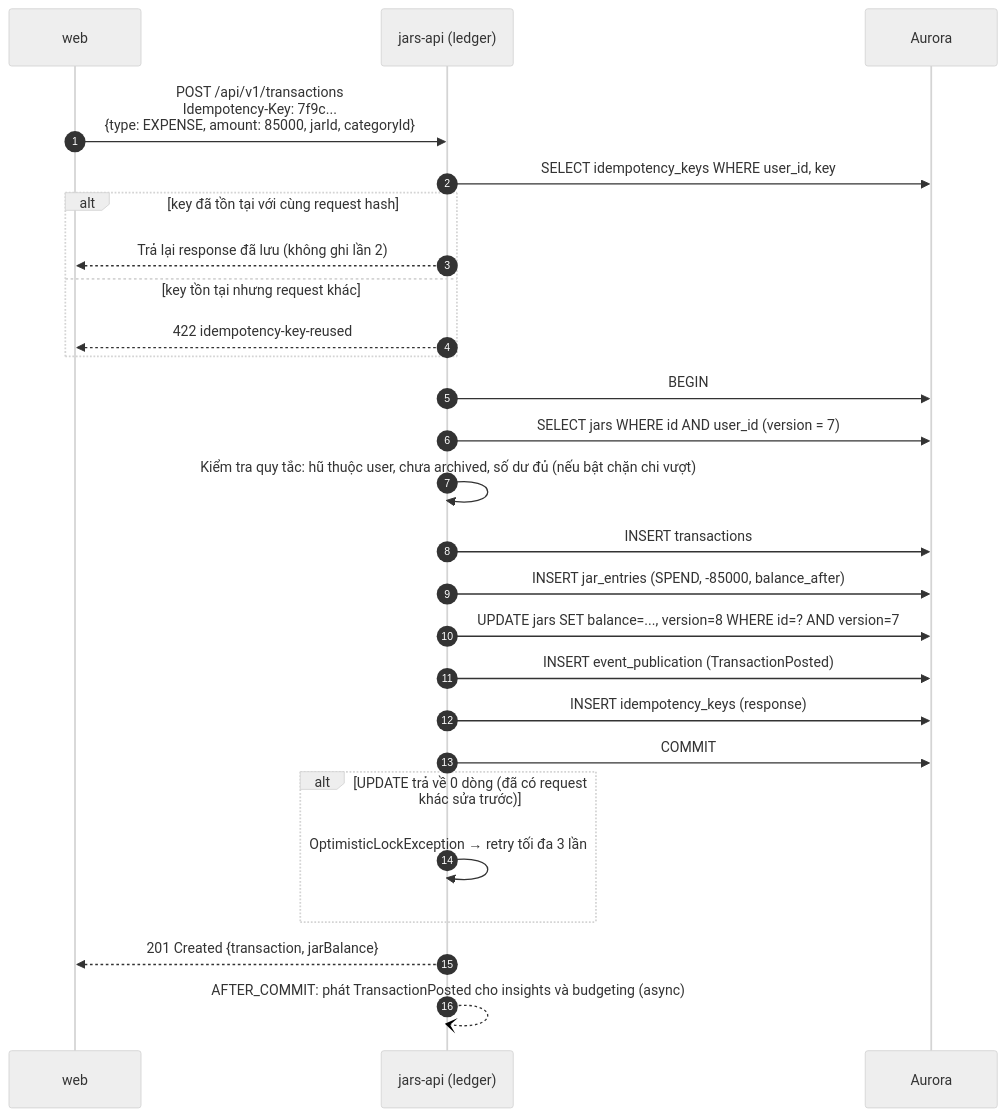
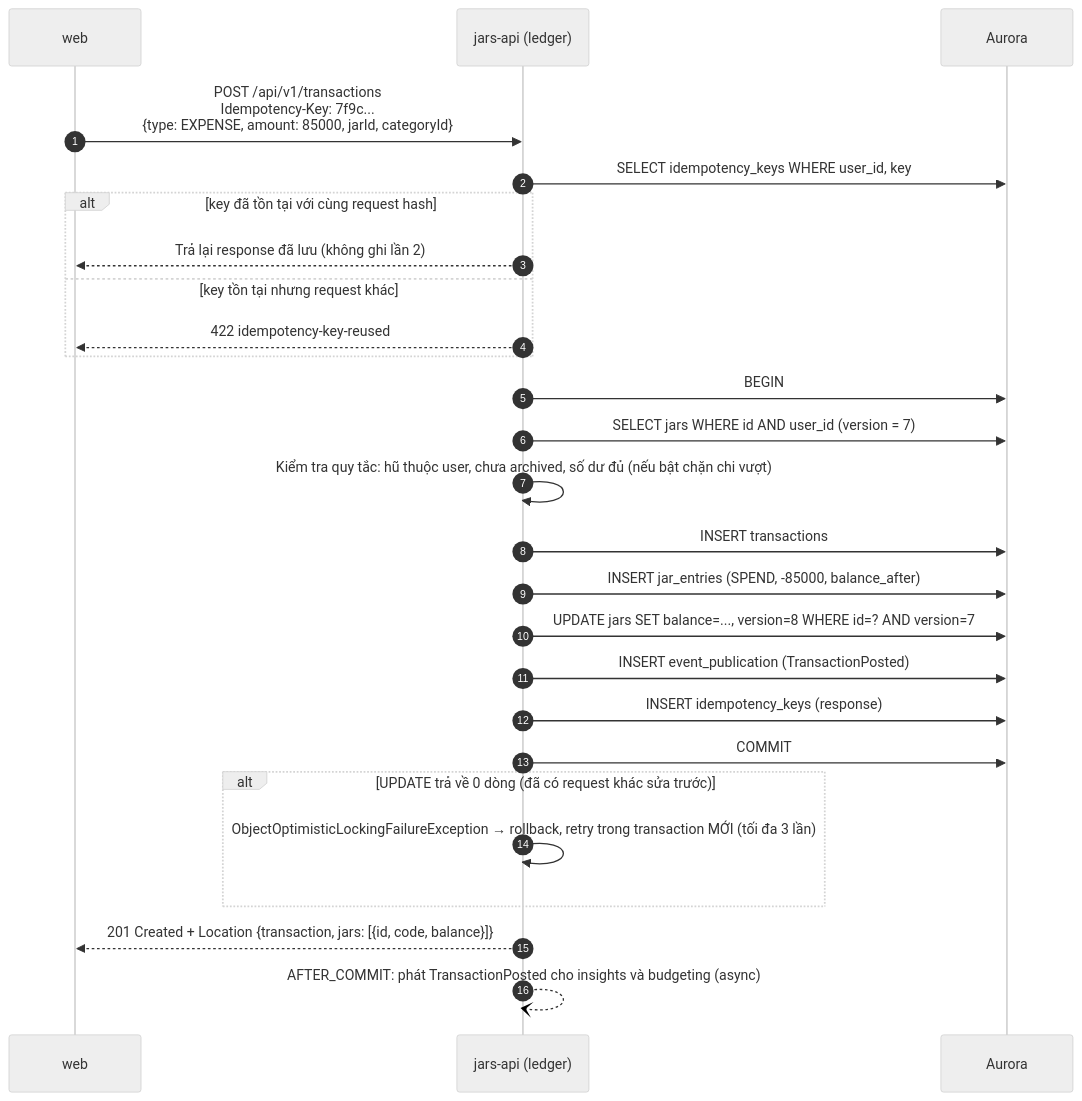
Before and after one commit to thphuc06/jar-platform: the second of 9 diagrams in docs/02-architecture/flows.md, drawn with Mermaid (neutral theme). The commit also changed other lines of this file and 44 other files, not shown here.

````diff
--- a/docs/02-architecture/flows.md
+++ b/docs/02-architecture/flows.md
@@ -66,29 +66,29 @@
 ```mermaid
 sequenceDiagram
     autonumber
     participant W as web
     participant API as jars-api (ledger)
     participant DB as Aurora
 
     W->>API: POST /api/v1/transactions<br/>Idempotency-Key: 7f9c...<br/>{type: EXPENSE, amount: 85000, jarId, categoryId}
     API->>DB: SELECT idempotency_keys WHERE user_id, key
     alt key đã tồn tại với cùng request hash
         API-->>W: Trả lại response đã lưu (không ghi lần 2)
     else key tồn tại nhưng request khác
         API-->>W: 422 idempotency-key-reused
     end
     API->>DB: BEGIN
     API->>DB: SELECT jars WHERE id AND user_id (version = 7)
     API->>API: Kiểm tra quy tắc: hũ thuộc user, chưa archived, số dư đủ (nếu bật chặn chi vượt)
     API->>DB: INSERT transactions
     API->>DB: INSERT jar_entries (SPEND, -85000, balance_after)
     API->>DB: UPDATE jars SET balance=..., version=8 WHERE id=? AND version=7
     API->>DB: INSERT event_publication (TransactionPosted)
     API->>DB: INSERT idempotency_keys (response)
     API->>DB: COMMIT
     alt UPDATE trả về 0 dòng (đã có request khác sửa trước)
-        API->>API: OptimisticLockException → retry tối đa 3 lần
+        API->>API: ObjectOptimisticLockingFailureException → rollback, retry trong transaction MỚI (tối đa 3 lần)
     end
-    API-->>W: 201 Created {transaction, jarBalance}
+    API-->>W: 201 Created + Location {transaction, jars: [{id, code, balance}]}
     API--)API: AFTER_COMMIT: phát TransactionPosted cho insights và budgeting (async)
 ```
````
